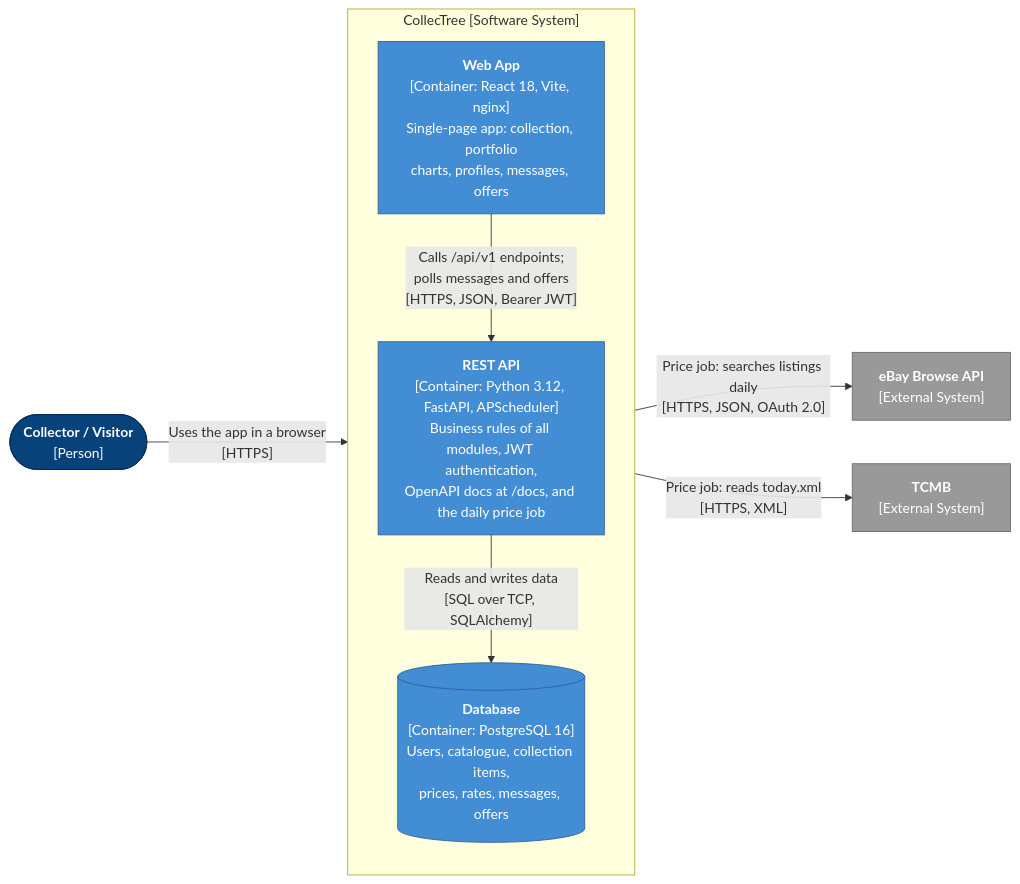
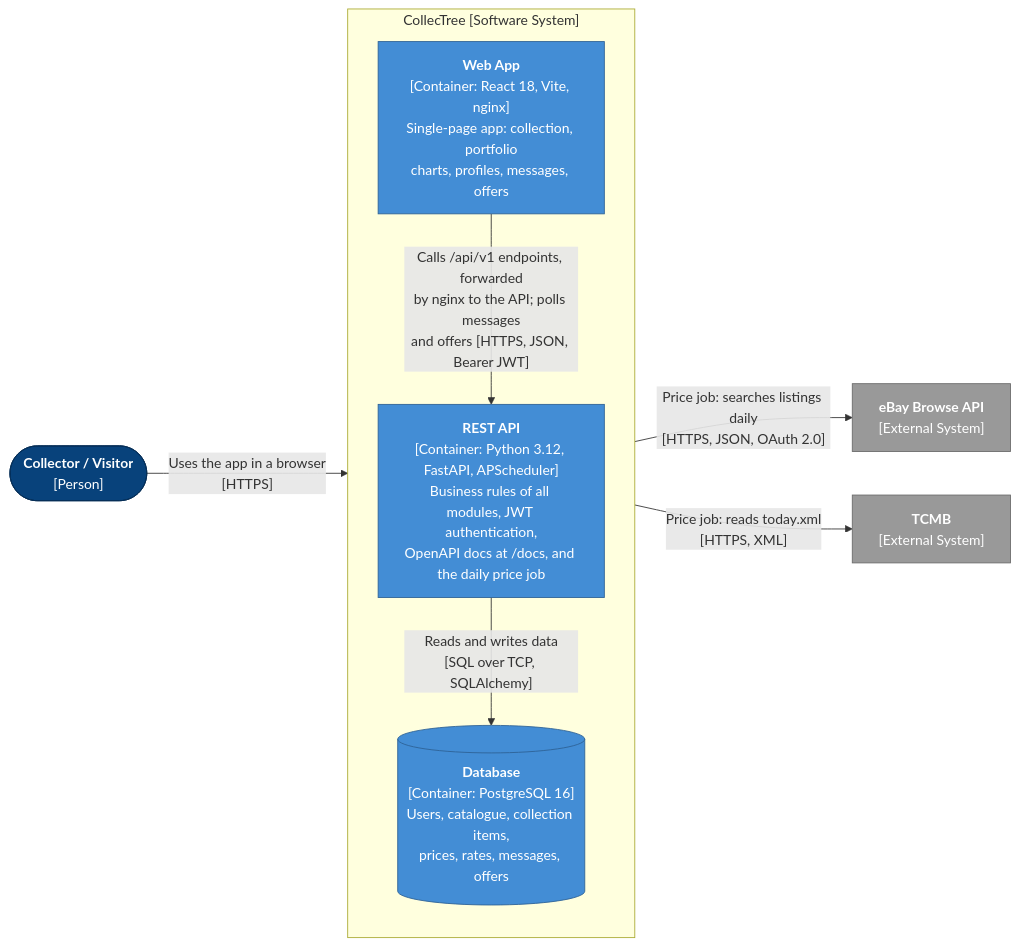
One commit to SENG321-TEAM-1/CollecTree changed the second of 3 diagrams in docs/architecture/c4-model.md. Above: the diagram before and after it, drawn with Mermaid. The commit also changed other lines of this file and 2 other files, not shown here.

First line of the commit message:
Add the UML deployment diagram and operating guide (#104)

````diff
--- a/docs/architecture/c4-model.md
+++ b/docs/architecture/c4-model.md
@@ -59,27 +59,27 @@
 ```mermaid
 flowchart LR
     collector(["<b>Collector / Visitor</b><br/>[Person]"])
 
     subgraph ct ["CollecTree [Software System]"]
         direction TB
         web["<b>Web App</b><br/>[Container: React 18, Vite, nginx]<br/>Single-page app: collection, portfolio<br/>charts, profiles, messages, offers"]
         api["<b>REST API</b><br/>[Container: Python 3.12, FastAPI, APScheduler]<br/>Business rules of all modules, JWT authentication,<br/>OpenAPI docs at /docs, and the daily price job"]
         db[("<b>Database</b><br/>[Container: PostgreSQL 16]<br/>Users, catalogue, collection items,<br/>prices, rates, messages, offers")]
     end
 
     ebay["<b>eBay Browse API</b><br/>[External System]"]
     tcmb["<b>TCMB</b><br/>[External System]"]
 
     collector -->|"Uses the app in a browser<br/>[HTTPS]"| web
-    web -->|"Calls /api/v1 endpoints;<br/>polls messages and offers<br/>[HTTPS, JSON, Bearer JWT]"| api
+    web -->|"Calls /api/v1 endpoints, forwarded<br/>by nginx to the API; polls messages<br/>and offers [HTTPS, JSON, Bearer JWT]"| api
     api -->|"Reads and writes data<br/>[SQL over TCP, SQLAlchemy]"| db
     api -->|"Price job: searches listings daily<br/>[HTTPS, JSON, OAuth 2.0]"| ebay
     api -->|"Price job: reads today.xml<br/>[HTTPS, XML]"| tcmb
 
     classDef person fill:#08427b,stroke:#052e56,color:#fff
     classDef container fill:#438dd5,stroke:#2e6295,color:#fff
     classDef external fill:#999999,stroke:#6b6b6b,color:#fff
     class collector person
     class web,api,db container
     class ebay,tcmb external
 ```
````
